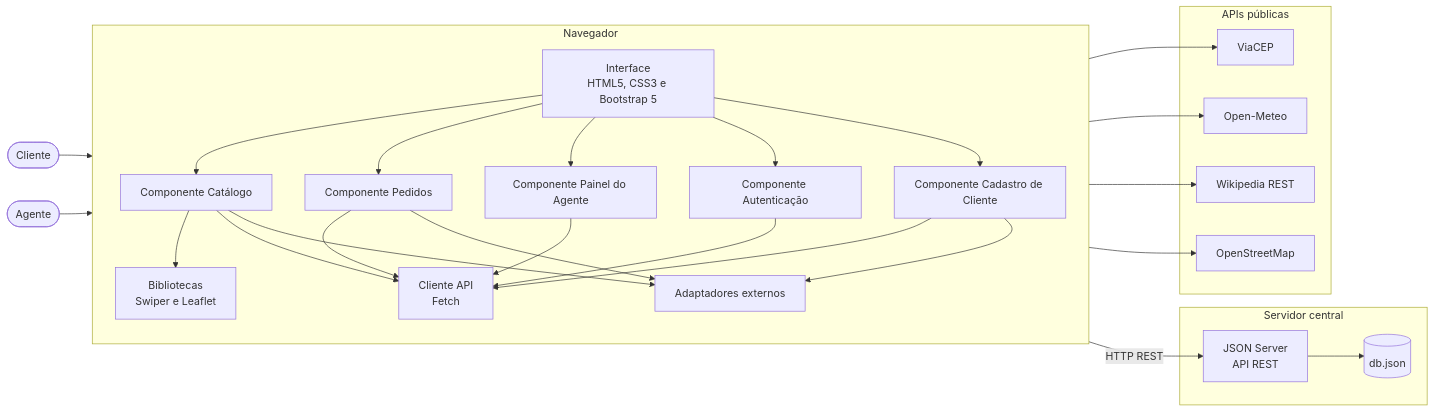
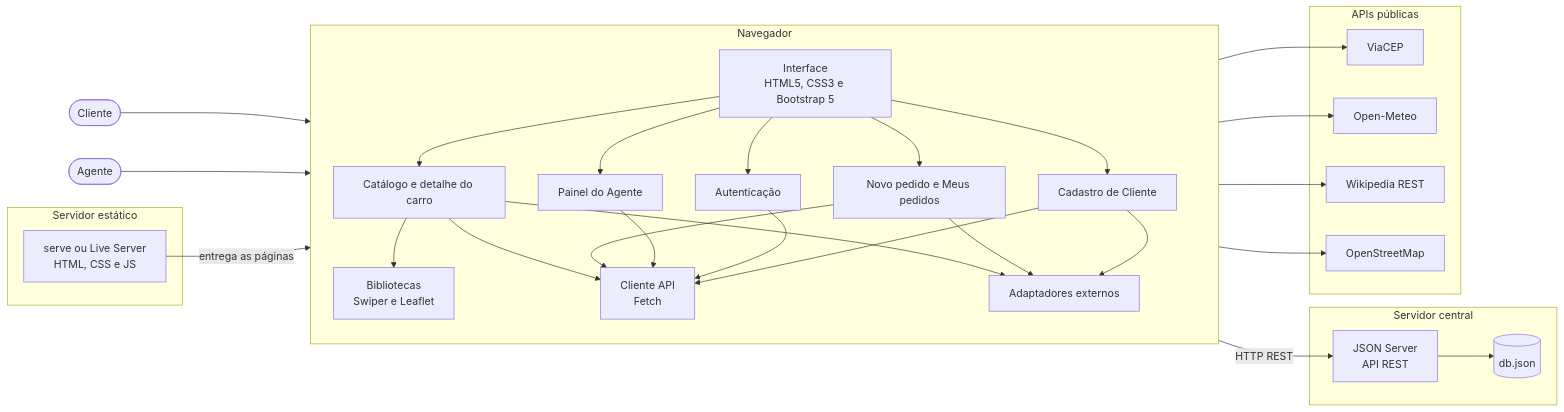
The diagram in docs/diagrama-de-componentes.md (gabrielcarvalhosoa/WeekndCar), drawn with Mermaid before and after one commit. The commit also changed other lines of this file and 8 other files, not shown here.

````diff
--- a/docs/diagrama-de-componentes.md
+++ b/docs/diagrama-de-componentes.md
@@ -7,53 +7,58 @@
 ```mermaid
 flowchart LR
     U1([Cliente])
     U2([Agente])
 
+    subgraph EST["Servidor estático"]
+        SRV1["serve ou Live Server<br/>HTML, CSS e JS"]
+    end
+
     subgraph NAV["Navegador"]
         direction TB
         UI["Interface<br/>HTML5, CSS3 e Bootstrap 5"]
-        CAT["Componente Catálogo"]
-        PED["Componente Pedidos"]
-        PAI["Componente Painel do Agente"]
-        AUT["Componente Autenticação"]
-        CLI["Componente Cadastro de Cliente"]
+        CAT["Catálogo e detalhe do carro"]
+        PED["Novo pedido e Meus pedidos"]
+        PAI["Painel do Agente"]
+        AUT["Autenticação"]
+        CLI["Cadastro de Cliente"]
         API["Cliente API<br/>Fetch"]
         EXT["Adaptadores externos"]
         LIB["Bibliotecas<br/>Swiper e Leaflet"]
     end
 
     subgraph SRV["Servidor central"]
         JS["JSON Server<br/>API REST"]
         DB[("db.json")]
     end
 
     subgraph PUB["APIs públicas"]
         V["ViaCEP"]
         M["Open-Meteo"]
         W["Wikipedia REST"]
         O["OpenStreetMap"]
     end
 
     U1 --> UI
     U2 --> UI
+    SRV1 -->|"entrega as páginas"| UI
     UI --> CAT
     UI --> PED
     UI --> PAI
     UI --> AUT
     UI --> CLI
     CAT --> LIB
     CAT --> API
+    CAT --> EXT
     PED --> API
+    PED --> EXT
     PAI --> API
     AUT --> API
     CLI --> API
     CLI --> EXT
-    PED --> EXT
-    CAT --> EXT
     API -->|"HTTP REST"| JS
     JS --> DB
     EXT --> V
     EXT --> M
     EXT --> W
     LIB --> O
 ```
````
